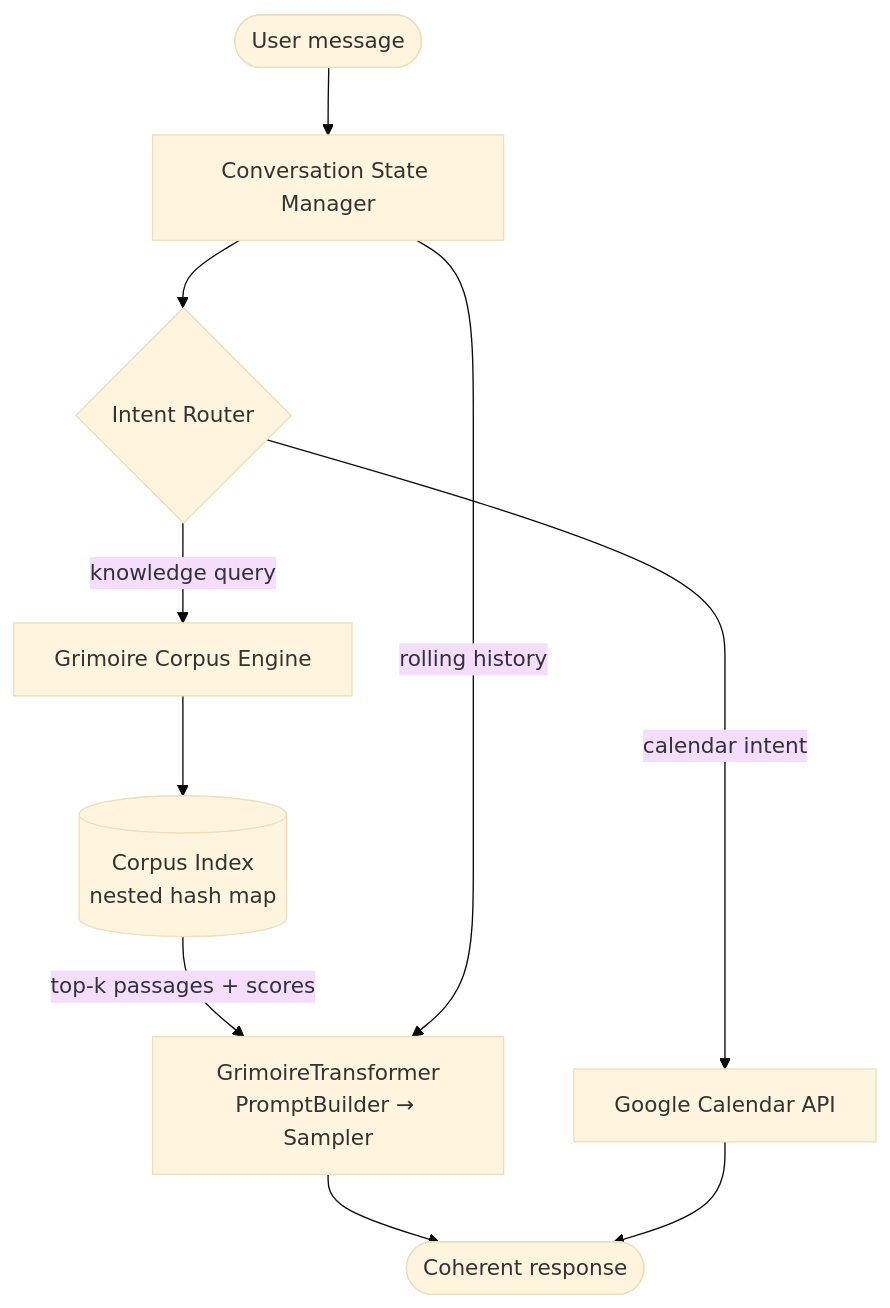
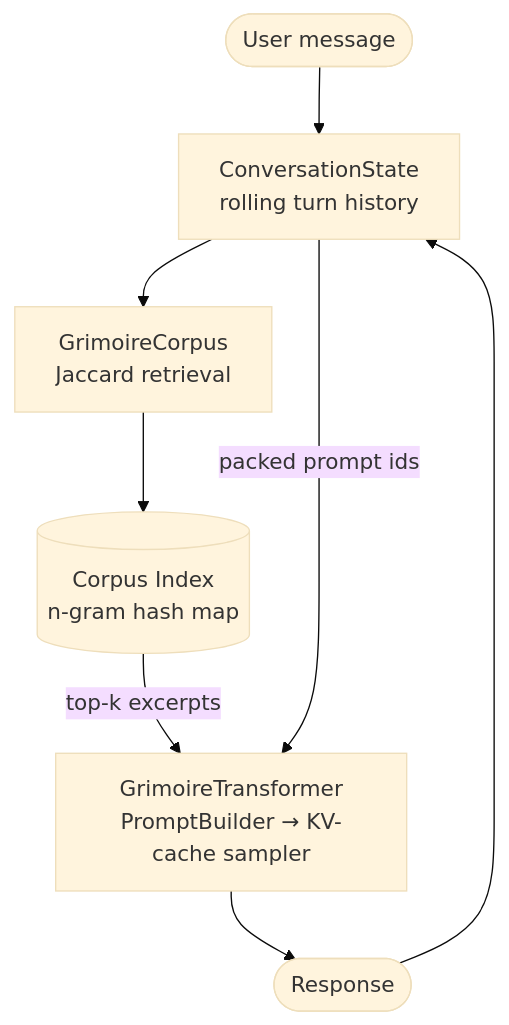
The diagram in README.md (BasLinders/grimoire), drawn with Mermaid (base theme) before and after one commit. The commit also changed other lines of this file and 2 other files, not shown here.

````diff
--- a/README.md
+++ b/README.md
@@ -46,17 +58,13 @@
 ```mermaid
 flowchart TD
-    A([User message]) --> B[Conversation State Manager]
+    A([User message]) --> B[ConversationState\nrolling turn history]
 
-    B --> C{Intent Router}
+    B --> C[GrimoireCorpus\nJaccard retrieval]
+    C --> D[(Corpus Index\nn-gram hash map)]
+    D -->|top-k excerpts| E
 
-    C -->|knowledge query| D[Grimoire Corpus Engine]
-    C -->|calendar intent| E[Google Calendar API]
+    B -->|packed prompt ids| E[GrimoireTransformer\nPromptBuilder → KV-cache sampler]
 
-    D --> F[(Corpus Index\nnested hash map)]
-    F -->|top-k passages + scores| G
-
-    B -->|rolling history| G[GrimoireTransformer\nPromptBuilder → Sampler]
-
-    G --> H([Coherent response])
-    E --> H
+    E --> F([Response])
+    F --> B
 ```
````
